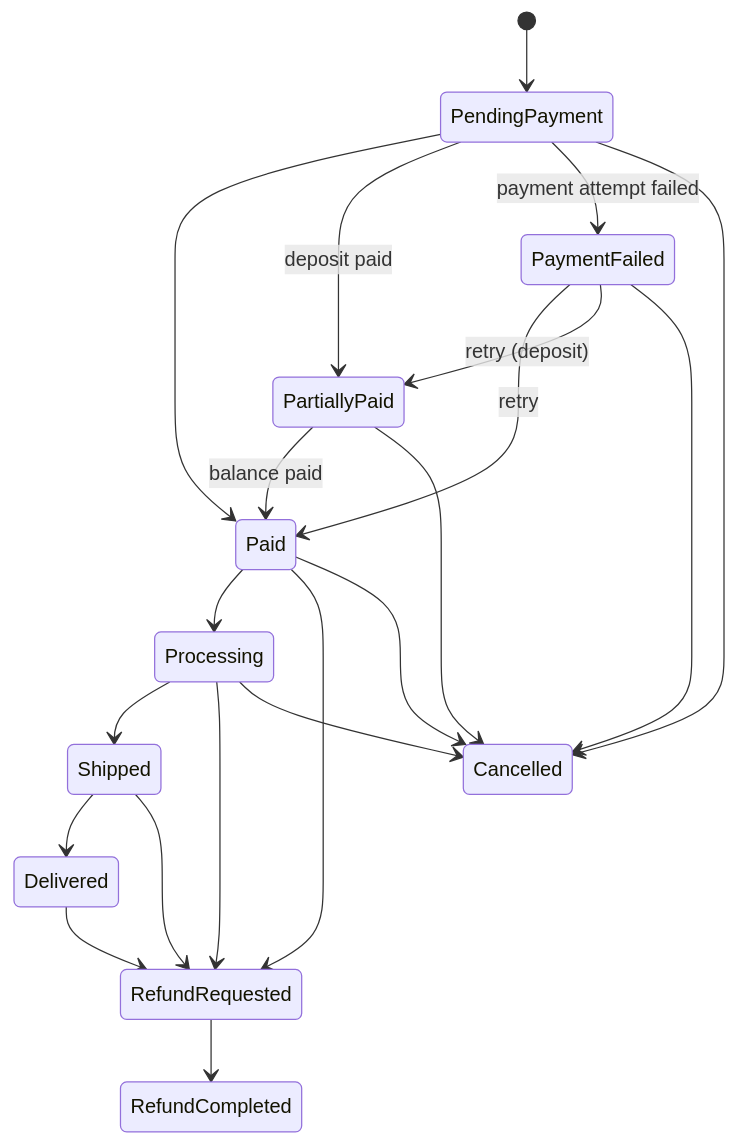
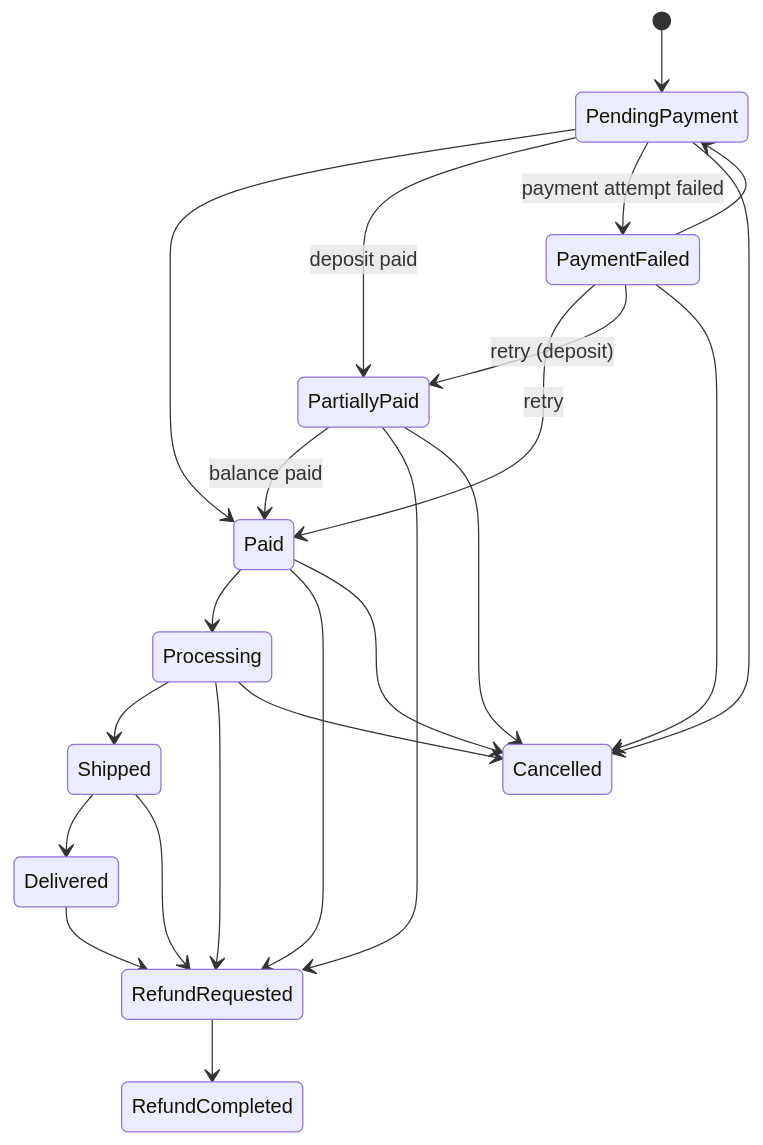
The first of 6 diagrams in docs/domain-model.md (mFurkanHiz/opscommerce-showcase), drawn with Mermaid before and after one commit. The commit also changed 4 other files, not shown here.

Commit message:
Polish documentation wording and complete state diagrams

````diff
--- a/docs/domain-model.md
+++ b/docs/domain-model.md
@@ -9,23 +9,25 @@
 ```mermaid
 stateDiagram-v2
     [*] --> PendingPayment
     PendingPayment --> Paid
     PendingPayment --> PartiallyPaid : deposit paid
     PendingPayment --> PaymentFailed : payment attempt failed
     PaymentFailed --> Paid : retry
     PaymentFailed --> PartiallyPaid : retry (deposit)
+    PaymentFailed --> PendingPayment
     PaymentFailed --> Cancelled
     PartiallyPaid --> Paid : balance paid
+    PartiallyPaid --> RefundRequested
     Paid --> Processing
     Processing --> Shipped
     Shipped --> Delivered
     Paid --> RefundRequested
     Processing --> RefundRequested
     Shipped --> RefundRequested
     Delivered --> RefundRequested
     RefundRequested --> RefundCompleted
     PendingPayment --> Cancelled
     PartiallyPaid --> Cancelled
     Paid --> Cancelled
     Processing --> Cancelled
 ```
````
